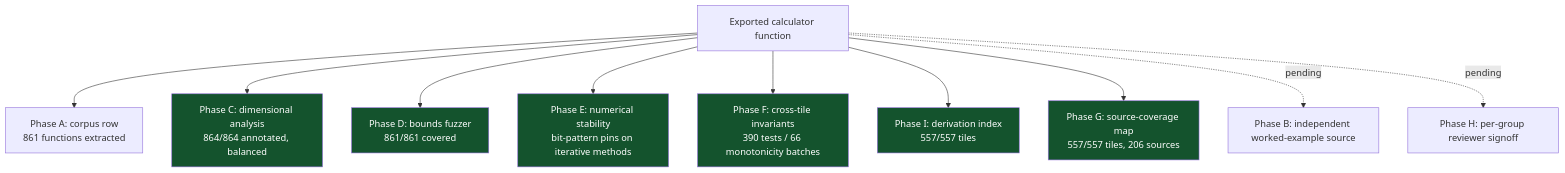
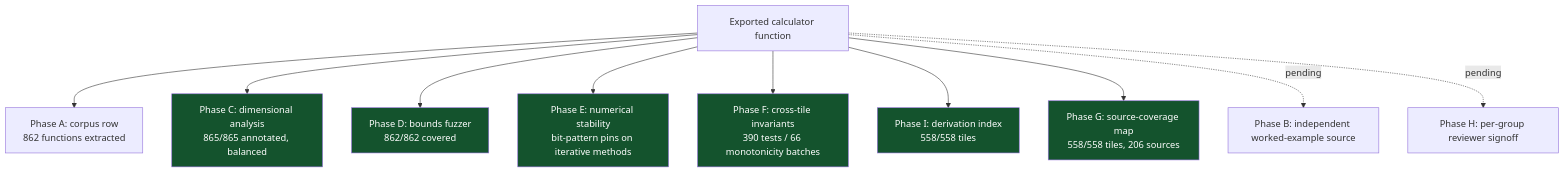
Before and after one commit to clay-good/roughlogic.com: the fourth of 6 diagrams in README.md, drawn with Mermaid. The commit also changed other lines of this file and 14 other files, not shown here.

````diff
--- a/README.md
+++ b/README.md
@@ -264,18 +266,18 @@
 ```mermaid
 flowchart TB
-    F[Exported calculator function] --> A[Phase A: corpus row\n861 functions extracted]
-    F --> C[Phase C: dimensional analysis\n864/864 annotated, balanced]
-    F --> D[Phase D: bounds fuzzer\n861/861 covered]
+    F[Exported calculator function] --> A[Phase A: corpus row\n862 functions extracted]
+    F --> C[Phase C: dimensional analysis\n865/865 annotated, balanced]
+    F --> D[Phase D: bounds fuzzer\n862/862 covered]
     F --> E[Phase E: numerical stability\nbit-pattern pins on iterative methods]
     F --> Fa[Phase F: cross-tile invariants\n390 tests / 66 monotonicity batches]
-    F --> I[Phase I: derivation index\n557/557 tiles]
-    F --> G[Phase G: source-coverage map\n557/557 tiles, 206 sources]
+    F --> I[Phase I: derivation index\n558/558 tiles]
+    F --> G[Phase G: source-coverage map\n558/558 tiles, 206 sources]
     F -.pending.-> B[Phase B: independent worked-example source]
     F -.pending.-> H[Phase H: per-group reviewer signoff]
     style C fill:#14532d,color:#fff
     style D fill:#14532d,color:#fff
     style E fill:#14532d,color:#fff
     style Fa fill:#14532d,color:#fff
     style G fill:#14532d,color:#fff
     style I fill:#14532d,color:#fff
 ```
````
